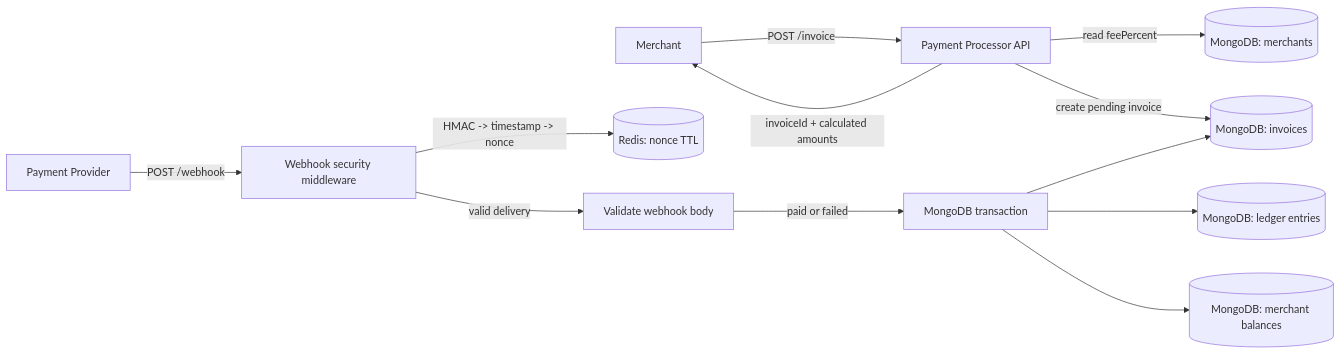
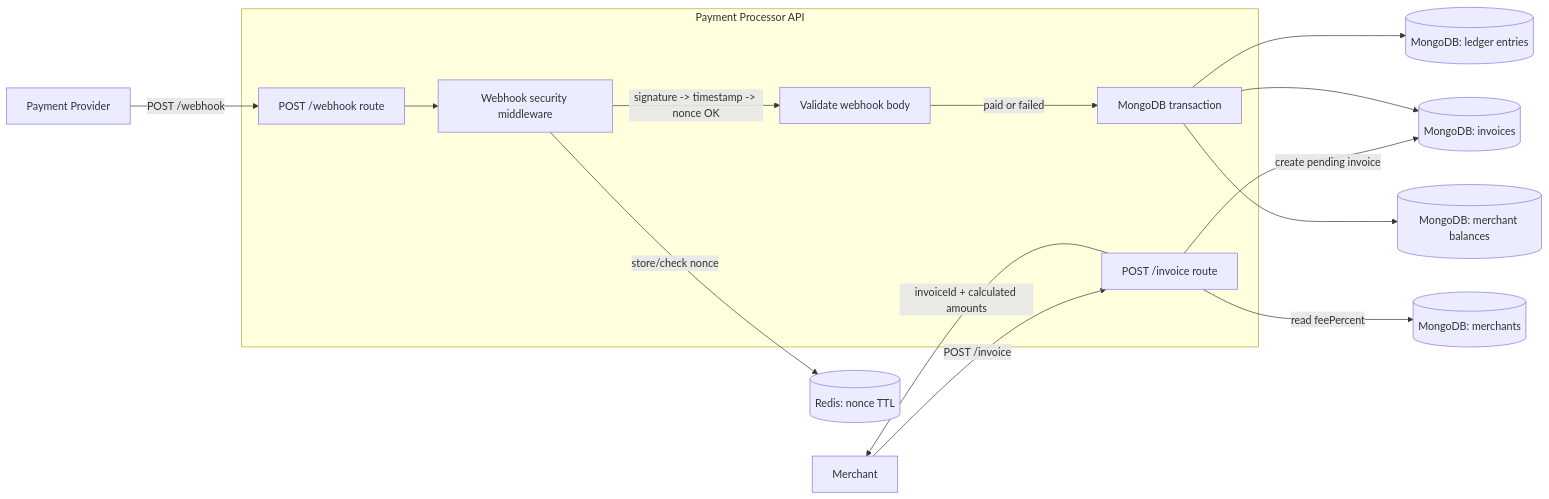
The first of 2 diagrams in README.md (nbenliogludev/payment-processor), drawn with Mermaid before and after one commit. The commit also changed other lines of this file, not shown here.

Commit message:
Clarify webhook flow diagram

````diff
--- a/README.md
+++ b/README.md
@@ -16,15 +16,33 @@
 ```mermaid
 flowchart LR
-  merchant["Merchant"] -->|"POST /invoice"| api["Payment Processor API"]
-  api -->|"read feePercent"| merchants[("MongoDB: merchants")]
-  api -->|"create pending invoice"| invoices[("MongoDB: invoices")]
-  api -->|"invoiceId + calculated amounts"| merchant
+  merchant["Merchant"]
+  provider["Payment Provider"]
+  merchants[("MongoDB: merchants")]
+  invoices[("MongoDB: invoices")]
+  redis[("Redis: nonce TTL")]
+  ledger[("MongoDB: ledger entries")]
+  balances[("MongoDB: merchant balances")]
 
-  provider["Payment Provider"] -->|"POST /webhook"| security["Webhook security middleware"]
-  security -->|"HMAC -> timestamp -> nonce"| redis[("Redis: nonce TTL")]
-  security -->|"valid delivery"| validation["Validate webhook body"]
-  validation -->|"paid or failed"| mongoTx["MongoDB transaction"]
+  subgraph api["Payment Processor API"]
+    invoiceRoute["POST /invoice route"]
+    webhookRoute["POST /webhook route"]
+    security["Webhook security middleware"]
+    validation["Validate webhook body"]
+    mongoTx["MongoDB transaction"]
+
+    webhookRoute --> security
+    security -->|"signature -> timestamp -> nonce OK"| validation
+    validation -->|"paid or failed"| mongoTx
+  end
+
+  merchant -->|"POST /invoice"| invoiceRoute
+  invoiceRoute -->|"read feePercent"| merchants
+  invoiceRoute -->|"create pending invoice"| invoices
+  invoiceRoute -->|"invoiceId + calculated amounts"| merchant
+
+  provider -->|"POST /webhook"| webhookRoute
+  security -->|"store/check nonce"| redis
   mongoTx --> invoices
-  mongoTx --> ledger[("MongoDB: ledger entries")]
-  mongoTx --> balances[("MongoDB: merchant balances")]
+  mongoTx --> ledger
+  mongoTx --> balances
 ```
````
